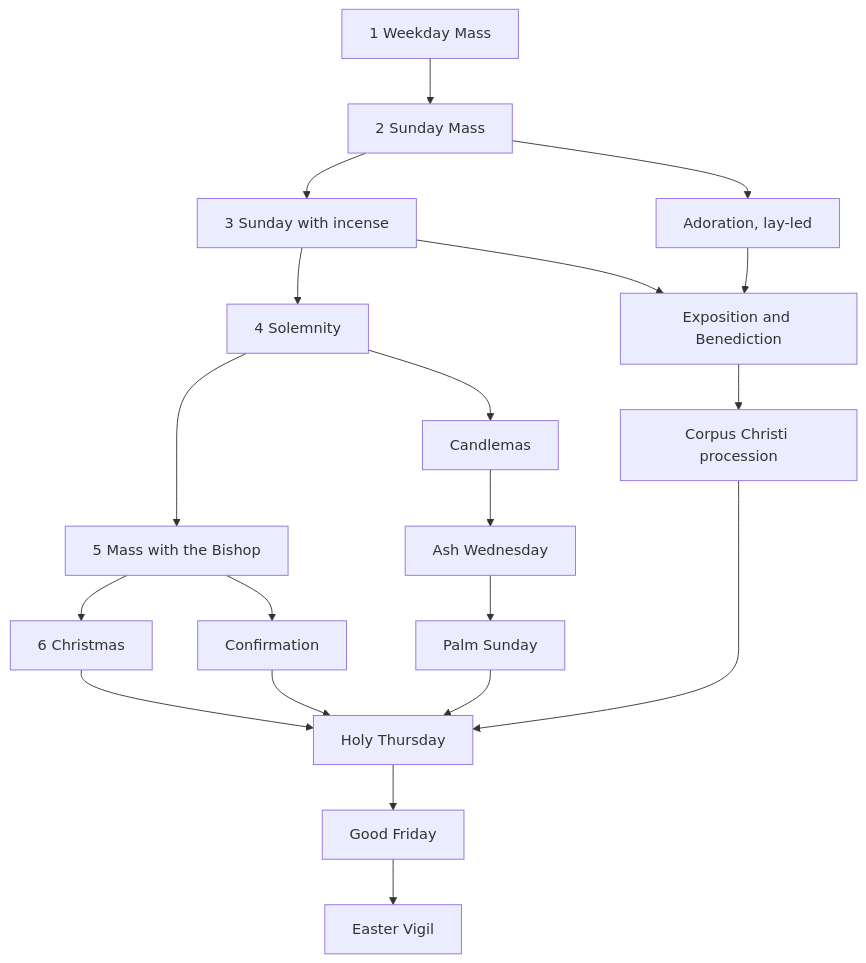
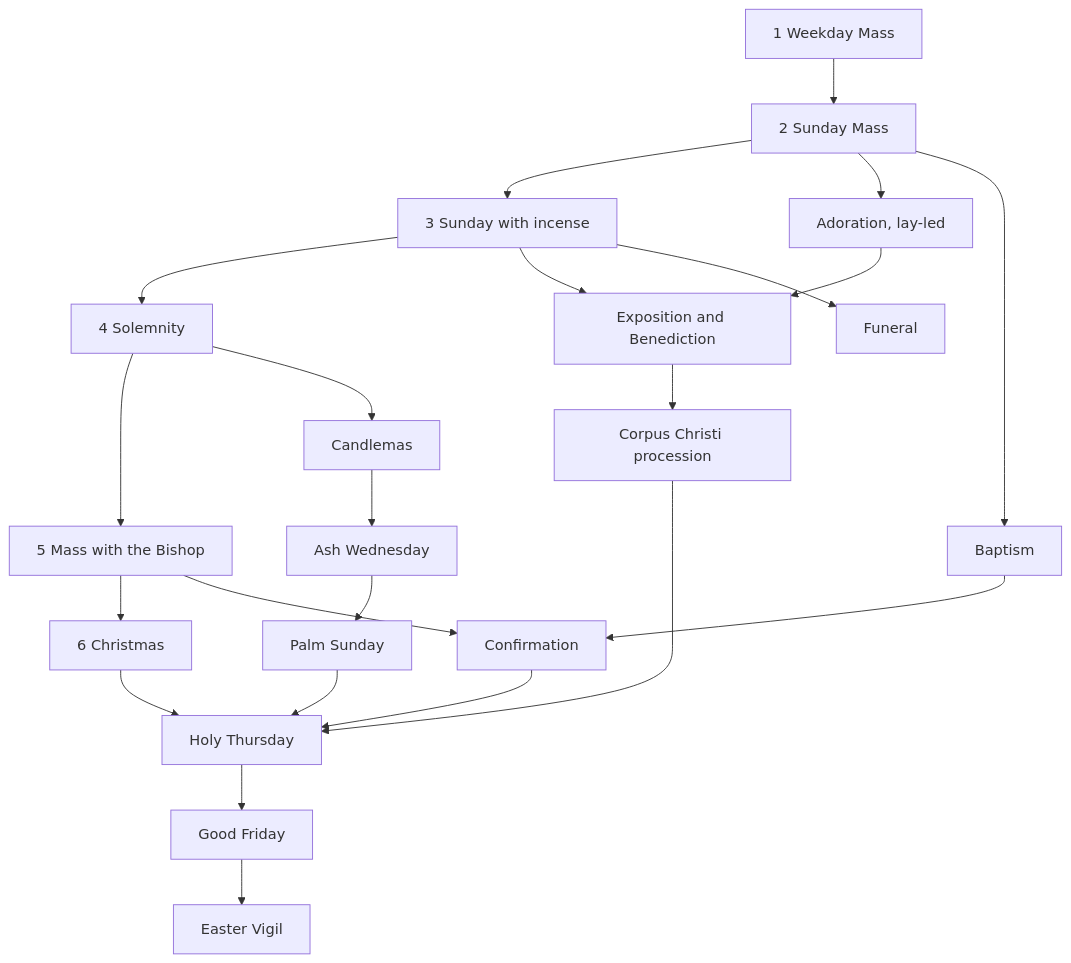
One commit to jddcef/mass-sim-liturgy changed the diagram in docs/DEVELOPMENT.md. Above: the diagram before and after it, drawn with Mermaid. The commit also changed other lines of this file and 18 other files, not shown here.

````diff
--- a/docs/DEVELOPMENT.md
+++ b/docs/DEVELOPMENT.md
@@ -191,14 +209,16 @@
 ```mermaid
 flowchart TD
   F[1 Weekday Mass] --> S[2 Sunday Mass] --> SI[3 Sunday with incense] --> SO[4 Solemnity]
   SO --> B[5 Mass with the Bishop] --> N[6 Christmas]
   S --> AL[Adoration, lay-led] --> EB[Exposition and Benediction] --> CC[Corpus Christi procession]
   SI --> EB
   SO --> CA[Candlemas] --> AW[Ash Wednesday] --> PS[Palm Sunday]
+  S --> BA[Baptism] --> CF
+  SI --> FU[Funeral]
   B --> CF[Confirmation]
   N --> HT[Holy Thursday]
   PS --> HT
   CC --> HT
   CF --> HT
   HT --> GF[Good Friday] --> EV[Easter Vigil]
 ```
````
